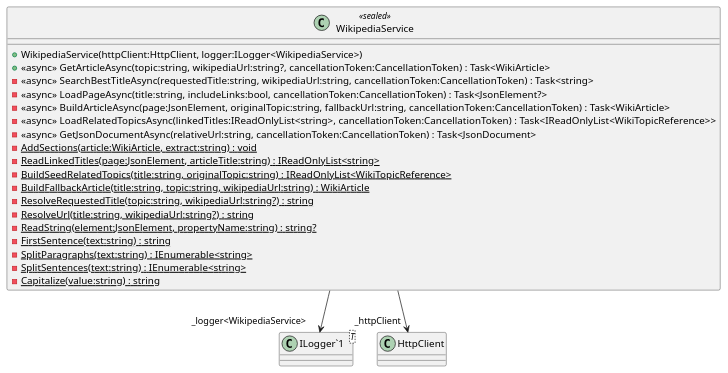
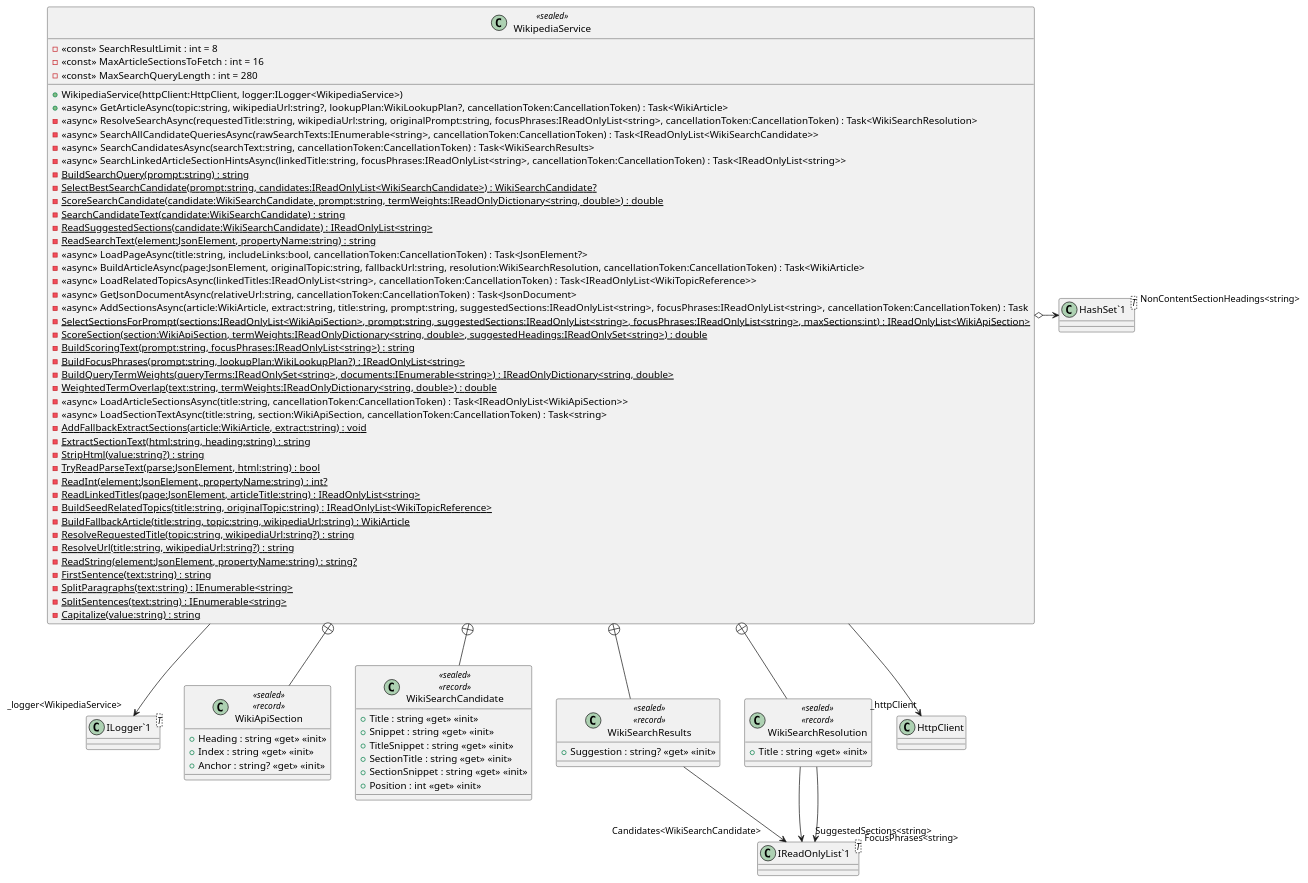
The diagram in uml/WikiGraph.Api/Infrastructure/Wikipedia/WikipediaService.puml (Tirth-Thakkar/WikiGraph), drawn with PlantUML before and after one commit. The commit also changed 19 other files, not shown here.

```diff
--- a/uml/WikiGraph.Api/Infrastructure/Wikipedia/WikipediaService.puml
+++ b/uml/WikiGraph.Api/Infrastructure/Wikipedia/WikipediaService.puml
@@ -1,26 +1,82 @@
 @startuml
 class WikipediaService <<sealed>> {
+    - <<const>> SearchResultLimit : int = 8
+    - <<const>> MaxArticleSectionsToFetch : int = 16
+    - <<const>> MaxSearchQueryLength : int = 280
     + WikipediaService(httpClient:HttpClient, logger:ILogger<WikipediaService>)
-    + <<async>> GetArticleAsync(topic:string, wikipediaUrl:string?, cancellationToken:CancellationToken) : Task<WikiArticle>
-    - <<async>> SearchBestTitleAsync(requestedTitle:string, wikipediaUrl:string, cancellationToken:CancellationToken) : Task<string>
+    + <<async>> GetArticleAsync(topic:string, wikipediaUrl:string?, lookupPlan:WikiLookupPlan?, cancellationToken:CancellationToken) : Task<WikiArticle>
+    - <<async>> ResolveSearchAsync(requestedTitle:string, wikipediaUrl:string, originalPrompt:string, focusPhrases:IReadOnlyList<string>, cancellationToken:CancellationToken) : Task<WikiSearchResolution>
+    - <<async>> SearchAllCandidateQueriesAsync(rawSearchTexts:IEnumerable<string>, cancellationToken:CancellationToken) : Task<IReadOnlyList<WikiSearchCandidate>>
+    - <<async>> SearchCandidatesAsync(searchText:string, cancellationToken:CancellationToken) : Task<WikiSearchResults>
+    - <<async>> SearchLinkedArticleSectionHintsAsync(linkedTitle:string, focusPhrases:IReadOnlyList<string>, cancellationToken:CancellationToken) : Task<IReadOnlyList<string>>
+    - {static} BuildSearchQuery(prompt:string) : string
+    - {static} SelectBestSearchCandidate(prompt:string, candidates:IReadOnlyList<WikiSearchCandidate>) : WikiSearchCandidate?
+    - {static} ScoreSearchCandidate(candidate:WikiSearchCandidate, prompt:string, termWeights:IReadOnlyDictionary<string, double>) : double
+    - {static} SearchCandidateText(candidate:WikiSearchCandidate) : string
+    - {static} ReadSuggestedSections(candidate:WikiSearchCandidate) : IReadOnlyList<string>
+    - {static} ReadSearchText(element:JsonElement, propertyName:string) : string
     - <<async>> LoadPageAsync(title:string, includeLinks:bool, cancellationToken:CancellationToken) : Task<JsonElement?>
-    - <<async>> BuildArticleAsync(page:JsonElement, originalTopic:string, fallbackUrl:string, cancellationToken:CancellationToken) : Task<WikiArticle>
+    - <<async>> BuildArticleAsync(page:JsonElement, originalTopic:string, fallbackUrl:string, resolution:WikiSearchResolution, cancellationToken:CancellationToken) : Task<WikiArticle>
     - <<async>> LoadRelatedTopicsAsync(linkedTitles:IReadOnlyList<string>, cancellationToken:CancellationToken) : Task<IReadOnlyList<WikiTopicReference>>
     - <<async>> GetJsonDocumentAsync(relativeUrl:string, cancellationToken:CancellationToken) : Task<JsonDocument>
-    - {static} AddSections(article:WikiArticle, extract:string) : void
+    - <<async>> AddSectionsAsync(article:WikiArticle, extract:string, title:string, prompt:string, suggestedSections:IReadOnlyList<string>, focusPhrases:IReadOnlyList<string>, cancellationToken:CancellationToken) : Task
+    - {static} SelectSectionsForPrompt(sections:IReadOnlyList<WikiApiSection>, prompt:string, suggestedSections:IReadOnlyList<string>, focusPhrases:IReadOnlyList<string>, maxSections:int) : IReadOnlyList<WikiApiSection>
+    - {static} ScoreSection(section:WikiApiSection, termWeights:IReadOnlyDictionary<string, double>, suggestedHeadings:IReadOnlySet<string>) : double
+    - {static} BuildScoringText(prompt:string, focusPhrases:IReadOnlyList<string>) : string
+    - {static} BuildFocusPhrases(prompt:string, lookupPlan:WikiLookupPlan?) : IReadOnlyList<string>
+    - {static} BuildQueryTermWeights(queryTerms:IReadOnlySet<string>, documents:IEnumerable<string>) : IReadOnlyDictionary<string, double>
+    - {static} WeightedTermOverlap(text:string, termWeights:IReadOnlyDictionary<string, double>) : double
+    - <<async>> LoadArticleSectionsAsync(title:string, cancellationToken:CancellationToken) : Task<IReadOnlyList<WikiApiSection>>
+    - <<async>> LoadSectionTextAsync(title:string, section:WikiApiSection, cancellationToken:CancellationToken) : Task<string>
+    - {static} AddFallbackExtractSections(article:WikiArticle, extract:string) : void
+    - {static} ExtractSectionText(html:string, heading:string) : string
+    - {static} StripHtml(value:string?) : string
+    - {static} TryReadParseText(parse:JsonElement, html:string) : bool
+    - {static} ReadInt(element:JsonElement, propertyName:string) : int?
     - {static} ReadLinkedTitles(page:JsonElement, articleTitle:string) : IReadOnlyList<string>
     - {static} BuildSeedRelatedTopics(title:string, originalTopic:string) : IReadOnlyList<WikiTopicReference>
     - {static} BuildFallbackArticle(title:string, topic:string, wikipediaUrl:string) : WikiArticle
     - {static} ResolveRequestedTitle(topic:string, wikipediaUrl:string?) : string
     - {static} ResolveUrl(title:string, wikipediaUrl:string?) : string
     - {static} ReadString(element:JsonElement, propertyName:string) : string?
     - {static} FirstSentence(text:string) : string
     - {static} SplitParagraphs(text:string) : IEnumerable<string>
     - {static} SplitSentences(text:string) : IEnumerable<string>
     - {static} Capitalize(value:string) : string
 }
+class "HashSet`1"<T> {
+}
 class "ILogger`1"<T> {
 }
+class WikiApiSection <<sealed>> <<record>> {
+    + Heading : string <<get>> <<init>>
+    + Index : string <<get>> <<init>>
+    + Anchor : string? <<get>> <<init>>
+}
+class WikiSearchCandidate <<sealed>> <<record>> {
+    + Title : string <<get>> <<init>>
+    + Snippet : string <<get>> <<init>>
+    + TitleSnippet : string <<get>> <<init>>
+    + SectionTitle : string <<get>> <<init>>
+    + SectionSnippet : string <<get>> <<init>>
+    + Position : int <<get>> <<init>>
+}
+class WikiSearchResults <<sealed>> <<record>> {
+    + Suggestion : string? <<get>> <<init>>
+}
+class WikiSearchResolution <<sealed>> <<record>> {
+    + Title : string <<get>> <<init>>
+}
+class "IReadOnlyList`1"<T> {
+}
+WikipediaService o-> "NonContentSectionHeadings<string>" "HashSet`1"
 WikipediaService --> "_httpClient" HttpClient
 WikipediaService --> "_logger<WikipediaService>" "ILogger`1"
+WikipediaService +-- WikiApiSection
+WikipediaService +-- WikiSearchCandidate
+WikipediaService +-- WikiSearchResults
+WikiSearchResults --> "Candidates<WikiSearchCandidate>" "IReadOnlyList`1"
+WikipediaService +-- WikiSearchResolution
+WikiSearchResolution --> "SuggestedSections<string>" "IReadOnlyList`1"
+WikiSearchResolution --> "FocusPhrases<string>" "IReadOnlyList`1"
 @enduml
```
